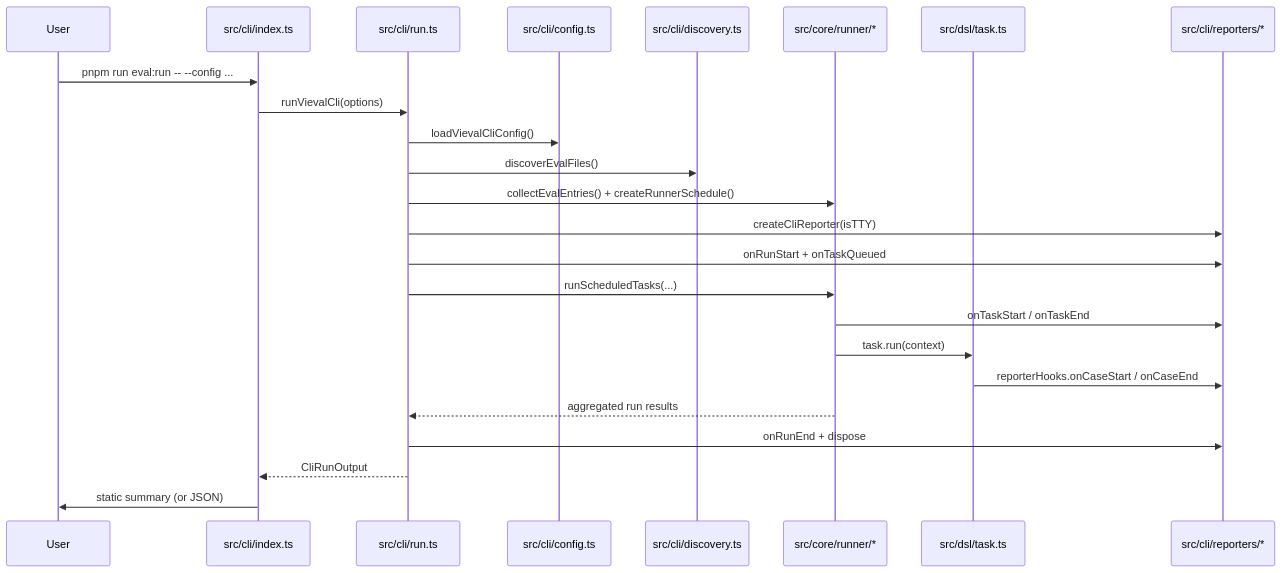
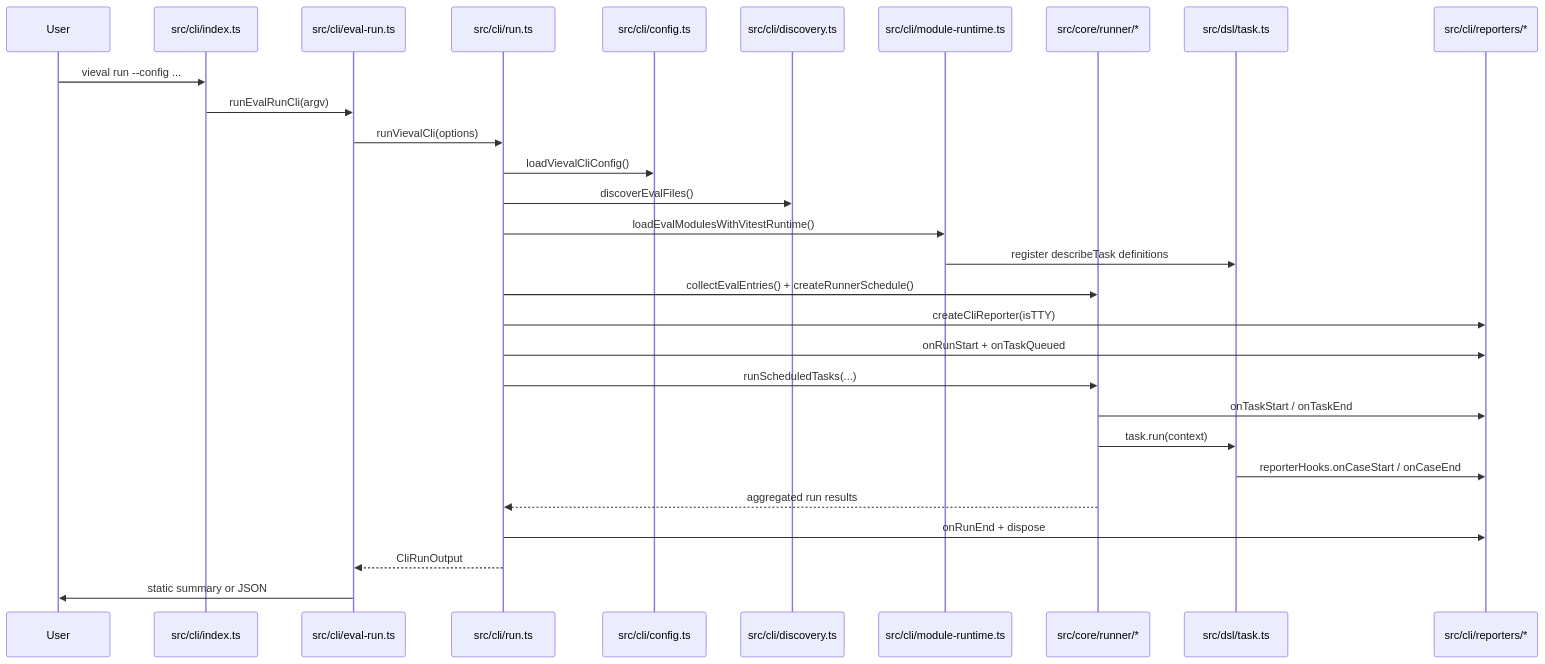
The second of 2 diagrams in README.md (vieval-dev/vieval), drawn with Mermaid before and after one commit. The commit also changed other lines of this file and 1 other file, not shown here.

````diff
--- a/README.md
+++ b/README.md
@@ -131,27 +320,32 @@
 ```mermaid
 sequenceDiagram
   participant U as User
   participant C as src/cli/index.ts
+  participant E as src/cli/eval-run.ts
   participant R as src/cli/run.ts
   participant L as src/cli/config.ts
   participant D as src/cli/discovery.ts
+  participant M as src/cli/module-runtime.ts
   participant S as src/core/runner/*
   participant T as src/dsl/task.ts
   participant P as src/cli/reporters/*
 
-  U->>C: pnpm run eval:run -- --config ...
-  C->>R: runVievalCli(options)
+  U->>C: vieval run --config ...
+  C->>E: runEvalRunCli(argv)
+  E->>R: runVievalCli(options)
   R->>L: loadVievalCliConfig()
   R->>D: discoverEvalFiles()
+  R->>M: loadEvalModulesWithVitestRuntime()
+  M->>T: register describeTask definitions
   R->>S: collectEvalEntries() + createRunnerSchedule()
   R->>P: createCliReporter(isTTY)
   R->>P: onRunStart + onTaskQueued
   R->>S: runScheduledTasks(...)
   S->>P: onTaskStart / onTaskEnd
   S->>T: task.run(context)
   T->>P: reporterHooks.onCaseStart / onCaseEnd
   S-->>R: aggregated run results
   R->>P: onRunEnd + dispose
-  R-->>C: CliRunOutput
-  C->>U: static summary (or JSON)
+  R-->>E: CliRunOutput
+  E->>U: static summary or JSON
 ```
````
